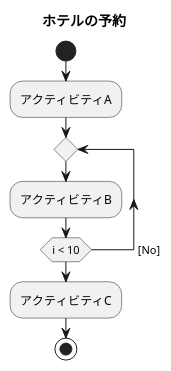
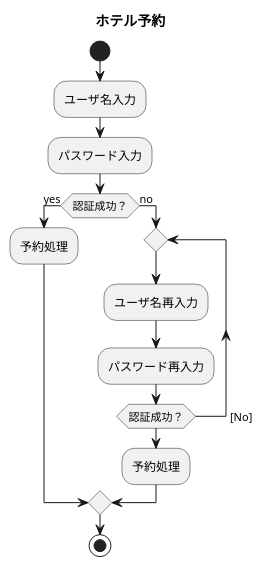
The diagram in 演習7-1_AC_ホテル宿泊予約システムで予約.pu (allface017/uml-introduction), drawn with PlantUML before and after one commit.

Commit message:
完成

```diff
--- a/演習7-1_AC_ホテル宿泊予約システムで予約.pu
+++ b/演習7-1_AC_ホテル宿泊予約システムで予約.pu
@@ -1,10 +1,16 @@
-@startuml ループ処理
-title ホテルの予約
+@startuml ホテル予約システム
+title ホテル予約
 start
-:アクティビティA;
-repeat
-:アクティビティB;
-repeat while (i < 10) -> [No]
-:アクティビティC;
+:ユーザ名入力;
+:パスワード入力;
+if (認証成功？) then (yes)
+  :予約処理;
+else (no)
+  repeat
+    :ユーザ名再入力;
+    :パスワード再入力;
+  repeat while (認証成功？) -> [No]
+  :予約処理;
+endif
 stop
 @enduml
```
